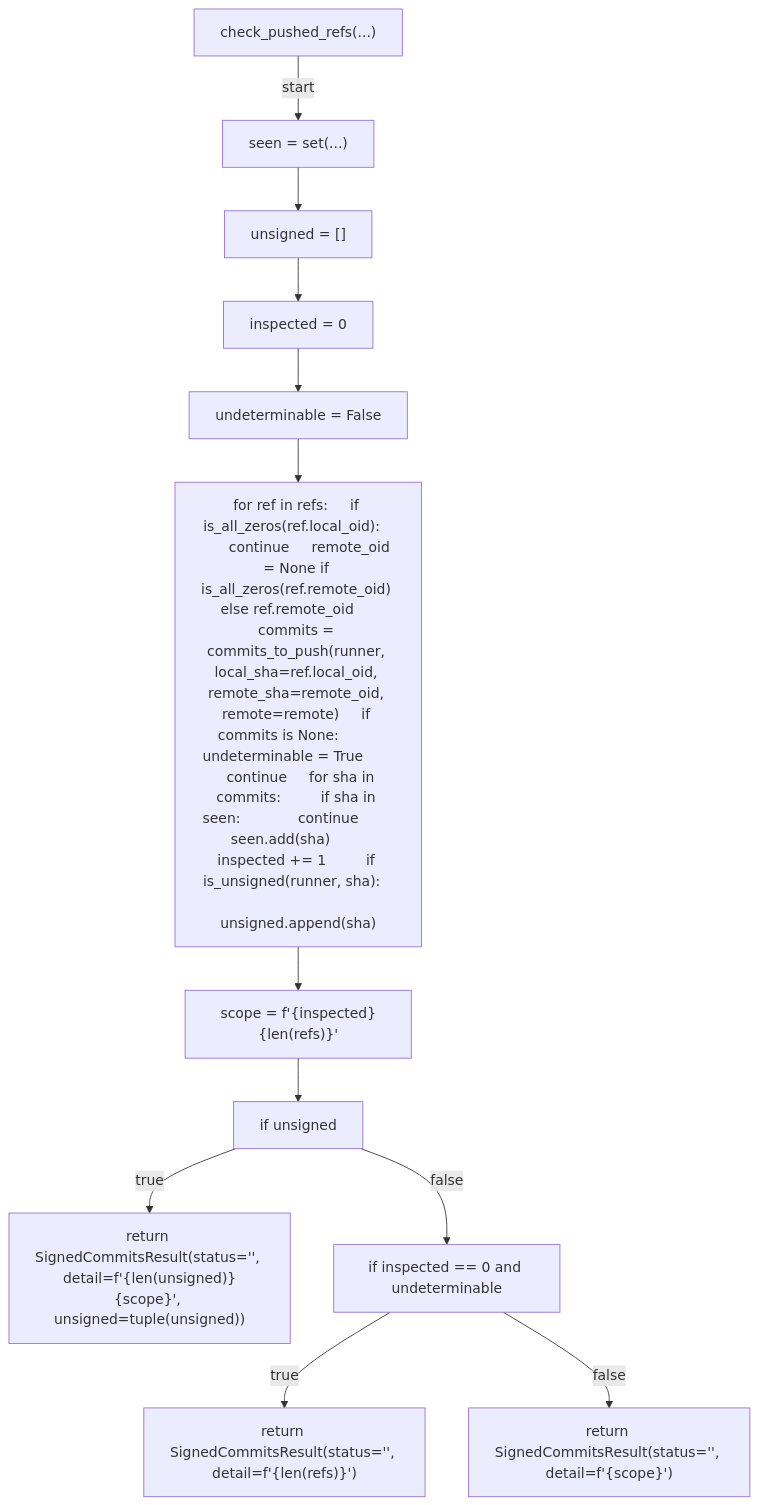
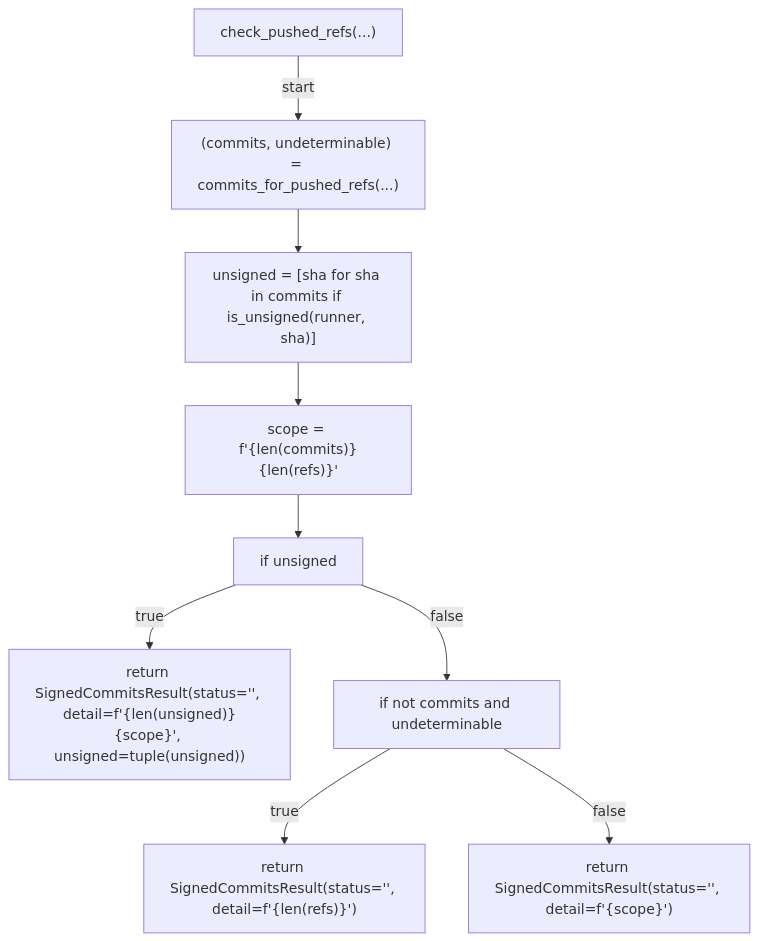
Before and after one commit to tvna/claude-md: the fourth of 7 diagrams in docs/generated/scripts/ast/preflight_signed_commits.md, drawn with Mermaid. The commit also changed other lines of this file and 5 other files, not shown here.

First line of the commit message:
docs(generated): regenerate decision tree and workflow diagrams

````diff
--- a/docs/generated/scripts/ast/preflight_signed_commits.md
+++ b/docs/generated/scripts/ast/preflight_signed_commits.md
@@ -76,26 +48,20 @@
 ```mermaid
 flowchart TD
     N001["check_pushed_refs(...)"]
-    N002["seen = set(...)"]
-    N003["unsigned = []"]
-    N004["inspected = 0"]
-    N005["undeterminable = False"]
-    N006["for ref in refs:     if is_all_zeros(ref.local_oid):         continue     remote_oid = None if is_all_zeros(ref.remote_oid) else ref.remote_oid     commits = commits_to_push(runner, local_sha=ref.local_oid, remote_sha=remote_oid, remote=remote)     if commits is None:         undeterminable = True         continue     for sha in commits:         if sha in seen:             continue         seen.add(sha)         inspected += 1         if is_unsigned(runner, sha):             unsigned.append(sha)"]
-    N007["scope = f'{inspected}<str>{len(refs)}<str>'"]
-    N008["if unsigned"]
-    N009["return SignedCommitsResult(status='<str>', detail=f'{len(unsigned)}<str>{scope}<str>', unsigned=tuple(unsigned))"]
-    N010["if inspected == 0 and undeterminable"]
-    N011["return SignedCommitsResult(status='<str>', detail=f'<str>{len(refs)}<str>')"]
-    N012["return SignedCommitsResult(status='<str>', detail=f'<str>{scope}<str>')"]
+    N002["(commits, undeterminable) = commits_for_pushed_refs(...)"]
+    N003["unsigned = [sha for sha in commits if is_unsigned(runner, sha)]"]
+    N004["scope = f'{len(commits)}<str>{len(refs)}<str>'"]
+    N005["if unsigned"]
+    N006["return SignedCommitsResult(status='<str>', detail=f'{len(unsigned)}<str>{scope}<str>', unsigned=tuple(unsigned))"]
+    N007["if not commits and undeterminable"]
+    N008["return SignedCommitsResult(status='<str>', detail=f'<str>{len(refs)}<str>')"]
+    N009["return SignedCommitsResult(status='<str>', detail=f'<str>{scope}<str>')"]
     N001 -->|"start"| N002
     N002 --> N003
     N003 --> N004
     N004 --> N005
-    N005 --> N006
-    N006 --> N007
-    N007 --> N008
-    N008 -->|"true"| N009
-    N008 -->|"false"| N010
-    N010 -->|"true"| N011
-    N010 -->|"false"| N012
+    N005 -->|"true"| N006
+    N005 -->|"false"| N007
+    N007 -->|"true"| N008
+    N007 -->|"false"| N009
 ```
````
